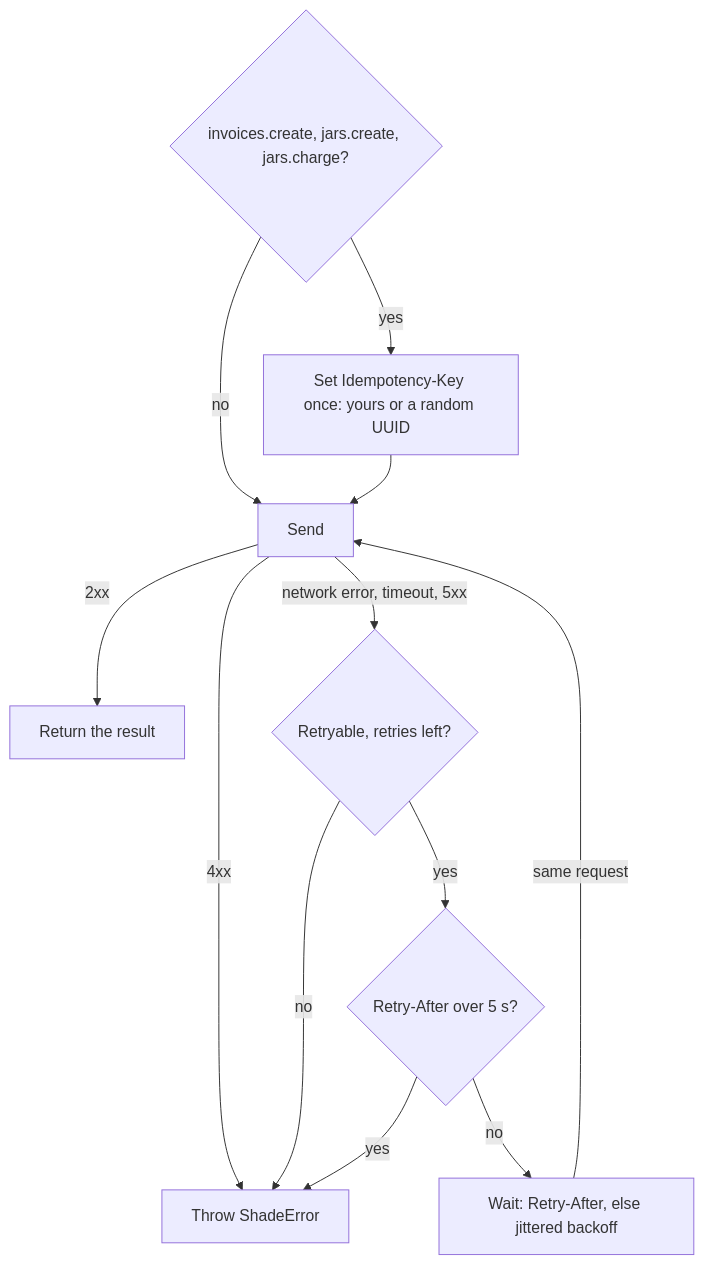
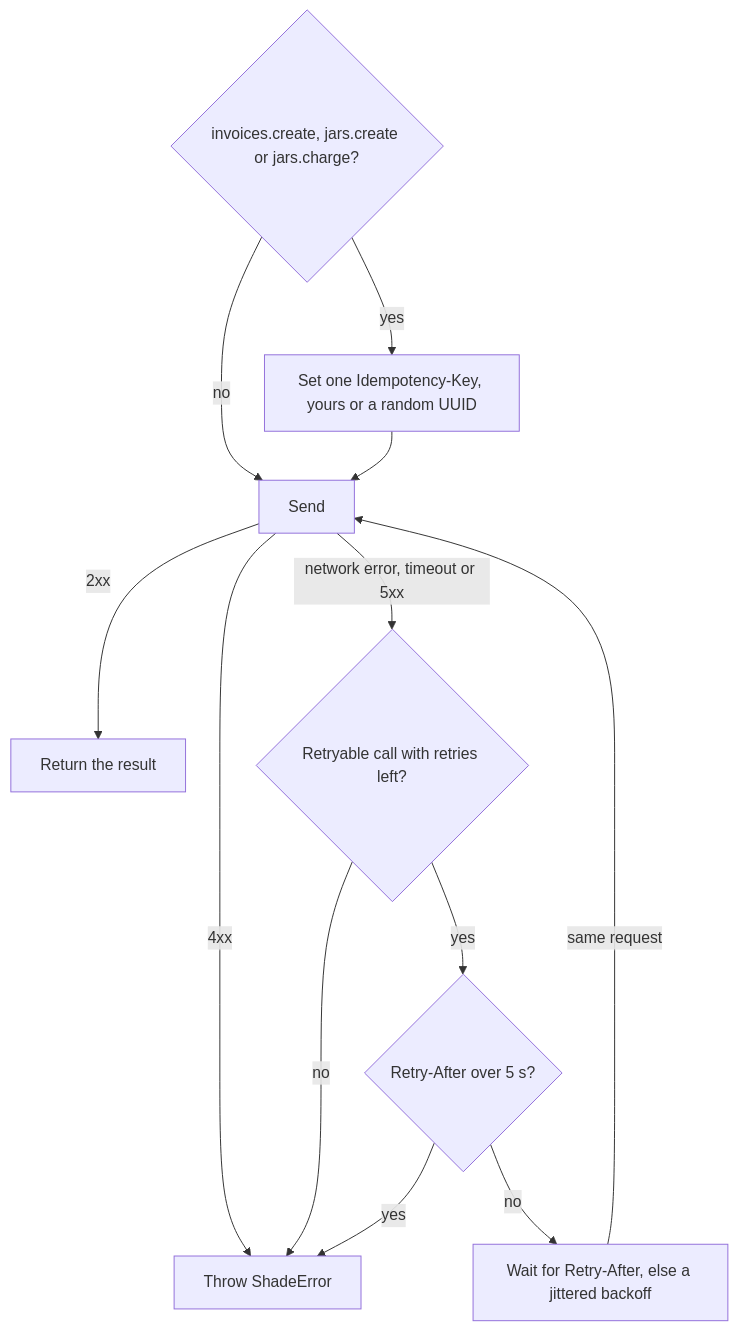
Before and after one commit to billi-x4/Shade: the third of 4 diagrams in backend/sdk/README.md, drawn with Mermaid. The commit also changed other lines of this file and 3 other files, not shown here.

````diff
--- a/backend/sdk/README.md
+++ b/backend/sdk/README.md
@@ -189,14 +335,14 @@
 ```mermaid
 flowchart TD
-  K{"invoices.create, jars.create, jars.charge?"} -->|"yes"| IK["Set Idempotency-Key once: yours or a random UUID"]
+  K{"invoices.create, jars.create or jars.charge?"} -->|"yes"| IK["Set one Idempotency-Key, yours or a random UUID"]
   K -->|"no"| S["Send"]
   IK --> S
   S -->|"2xx"| R["Return the result"]
   S -->|"4xx"| T["Throw ShadeError"]
-  S -->|"network error, timeout, 5xx"| L{"Retryable, retries left?"}
+  S -->|"network error, timeout or 5xx"| L{"Retryable call with retries left?"}
   L -->|"no"| T
   L -->|"yes"| RA{"Retry-After over 5 s?"}
   RA -->|"yes"| T
-  RA -->|"no"| W["Wait: Retry-After, else jittered backoff"]
+  RA -->|"no"| W["Wait for Retry-After, else a jittered backoff"]
   W -->|"same request"| S
 ```
````
